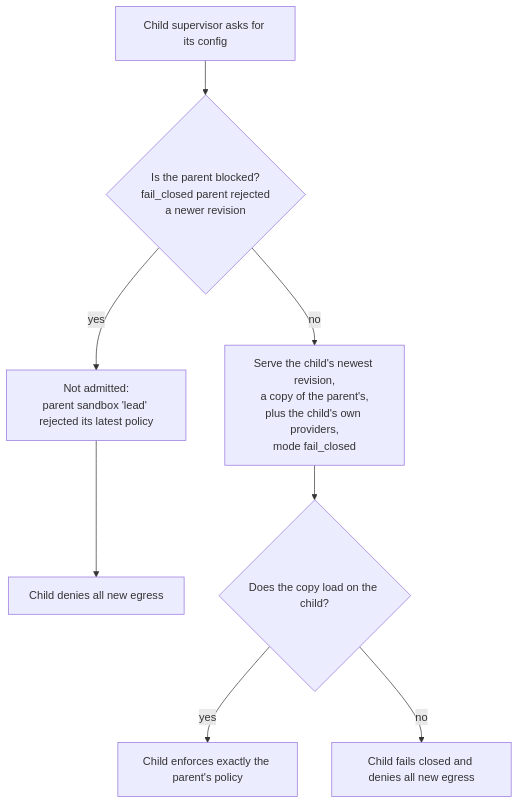
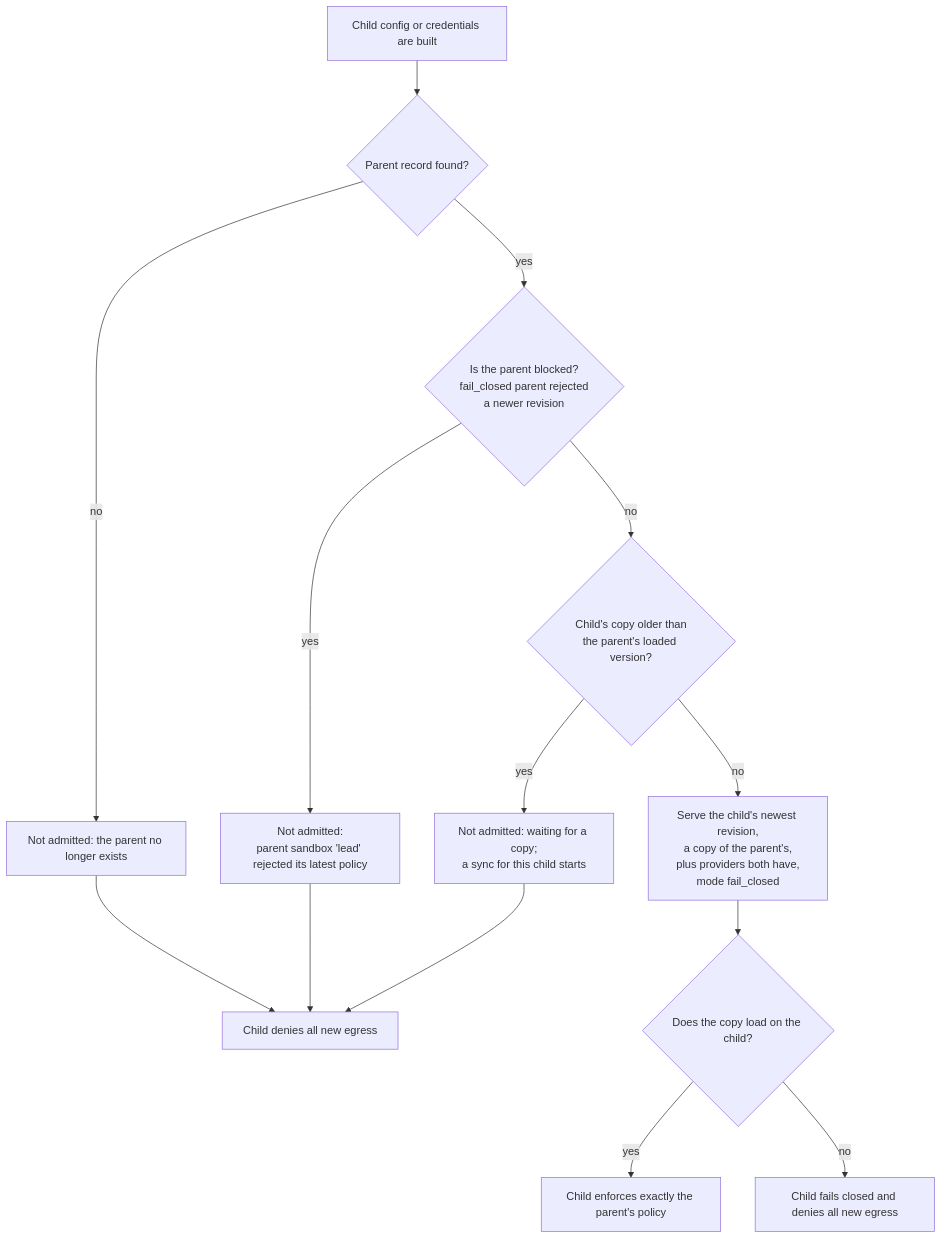
Before and after one commit to NVIDIA/OpenShell: the second of 7 diagrams in rfc/0021-gateway-mcp-sandbox-creation/appendices/policy-sync.md, drawn with Mermaid. The commit also changed other lines of this file and 1 other file, not shown here.

Commit message:
docs(rfc): describe the delivery check on child sandboxes

````diff
--- a/rfc/0021-gateway-mcp-sandbox-creation/appendices/policy-sync.md
+++ b/rfc/0021-gateway-mcp-sandbox-creation/appendices/policy-sync.md
@@ -58,10 +58,16 @@
 ```mermaid
 flowchart TD
-    A["Child supervisor asks for its config"] --> B{"Is the parent blocked?<br/>fail_closed parent rejected<br/>a newer revision"}
+    A["Child config or credentials are built"] --> M{"Parent record found?"}
+    M -- no --> C0["Not admitted: the parent no longer exists"]
+    M -- yes --> B{"Is the parent blocked?<br/>fail_closed parent rejected<br/>a newer revision"}
     B -- yes --> C["Not admitted:<br/>parent sandbox 'lead' rejected its latest policy"]
     C --> D["Child denies all new egress"]
-    B -- no --> E["Serve the child's newest revision,<br/>a copy of the parent's,<br/>plus the child's own providers,<br/>mode fail_closed"]
+    C0 --> D
+    B -- no --> K{"Child's copy older than<br/>the parent's loaded version?"}
+    K -- yes --> C2["Not admitted: waiting for a copy;<br/>a sync for this child starts"]
+    C2 --> D
+    K -- no --> E["Serve the child's newest revision,<br/>a copy of the parent's,<br/>plus providers both have,<br/>mode fail_closed"]
     E --> F{"Does the copy load on the child?"}
     F -- yes --> G["Child enforces exactly the parent's policy"]
     F -- no --> H["Child fails closed and denies all new egress"]
 ```
````
